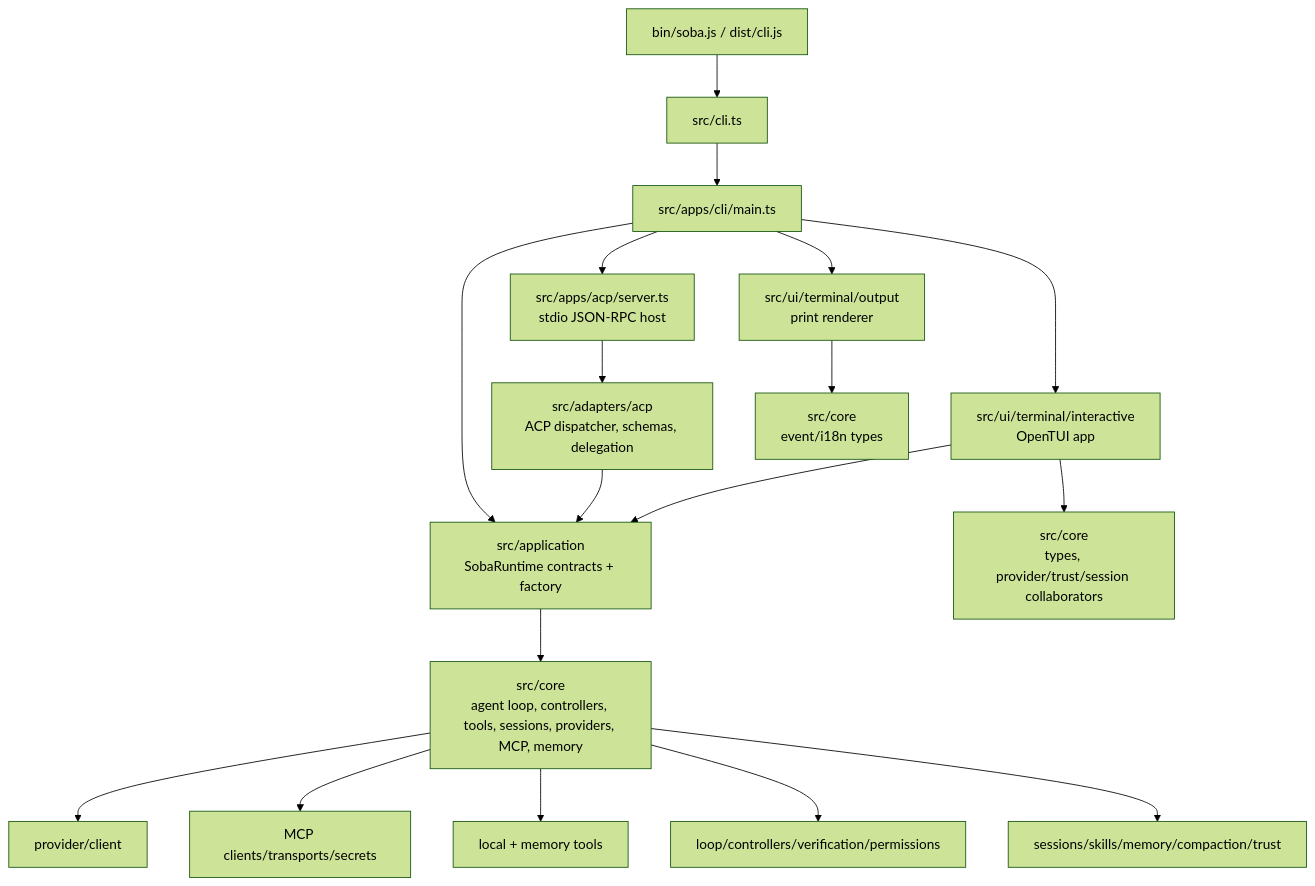
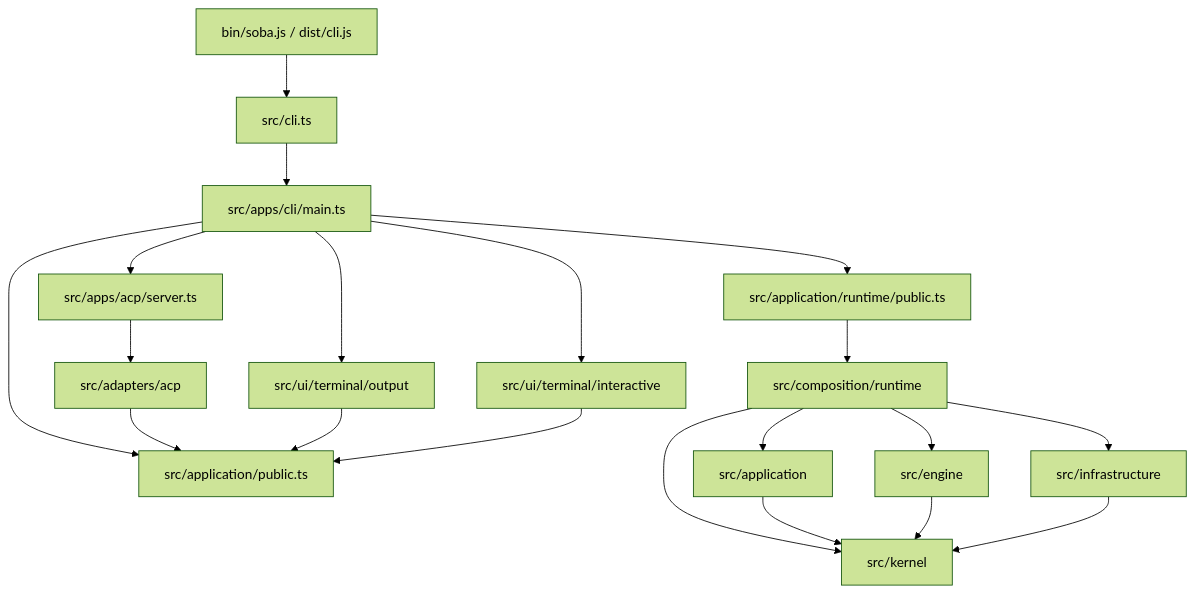
One commit to avacadorun-dev/soba-agent changed the diagram in ARCHITECTURE.md. Above: the diagram before and after it, drawn with Mermaid (forest theme). The commit also changed other lines of this file and 338 other files, not shown here.

````diff
--- a/ARCHITECTURE.md
+++ b/ARCHITECTURE.md
@@ -31,25 +32,27 @@
 ```mermaid
 flowchart TD
   bin["bin/soba.js / dist/cli.js"] --> shim["src/cli.ts"]
   shim --> cli["src/apps/cli/main.ts"]
 
-  cli --> app["src/application<br/>SobaRuntime contracts + factory"]
-  cli --> output["src/ui/terminal/output<br/>print renderer"]
-  cli --> interactive["src/ui/terminal/interactive<br/>OpenTUI app"]
-  cli --> acpHost["src/apps/acp/server.ts<br/>stdio JSON-RPC host"]
+  cli --> appPublic["src/application/public.ts"]
+  cli --> runtimePublic["src/application/runtime/public.ts"]
+  cli --> output["src/ui/terminal/output"]
+  cli --> interactive["src/ui/terminal/interactive"]
+  cli --> acpHost["src/apps/acp/server.ts"]
 
-  acpHost --> acpAdapter["src/adapters/acp<br/>ACP dispatcher, schemas, delegation"]
-  acpAdapter --> app
+  acpHost --> acpAdapter["src/adapters/acp"]
+  acpAdapter --> appPublic
 
-  interactive --> app
-  interactive --> coreTypes["src/core<br/>types, provider/trust/session collaborators"]
-  output --> coreEvents["src/core<br/>event/i18n types"]
+  output --> appPublic
+  interactive --> appPublic
 
-  app --> core["src/core<br/>agent loop, controllers, tools, sessions, providers, MCP, memory"]
+  runtimePublic --> composition["src/composition/runtime"]
+  composition --> app["src/application"]
+  composition --> engine["src/engine"]
+  composition --> infra["src/infrastructure"]
+  composition --> kernel["src/kernel"]
 
-  core --> provider["provider/client"]
-  core --> mcp["MCP clients/transports/secrets"]
-  core --> tools["local + memory tools"]
-  core --> loop["loop/controllers/verification/permissions"]
-  core --> state["sessions/skills/memory/compaction/trust"]
+  app --> kernel
+  engine --> kernel
+  infra --> kernel
 ```
````
